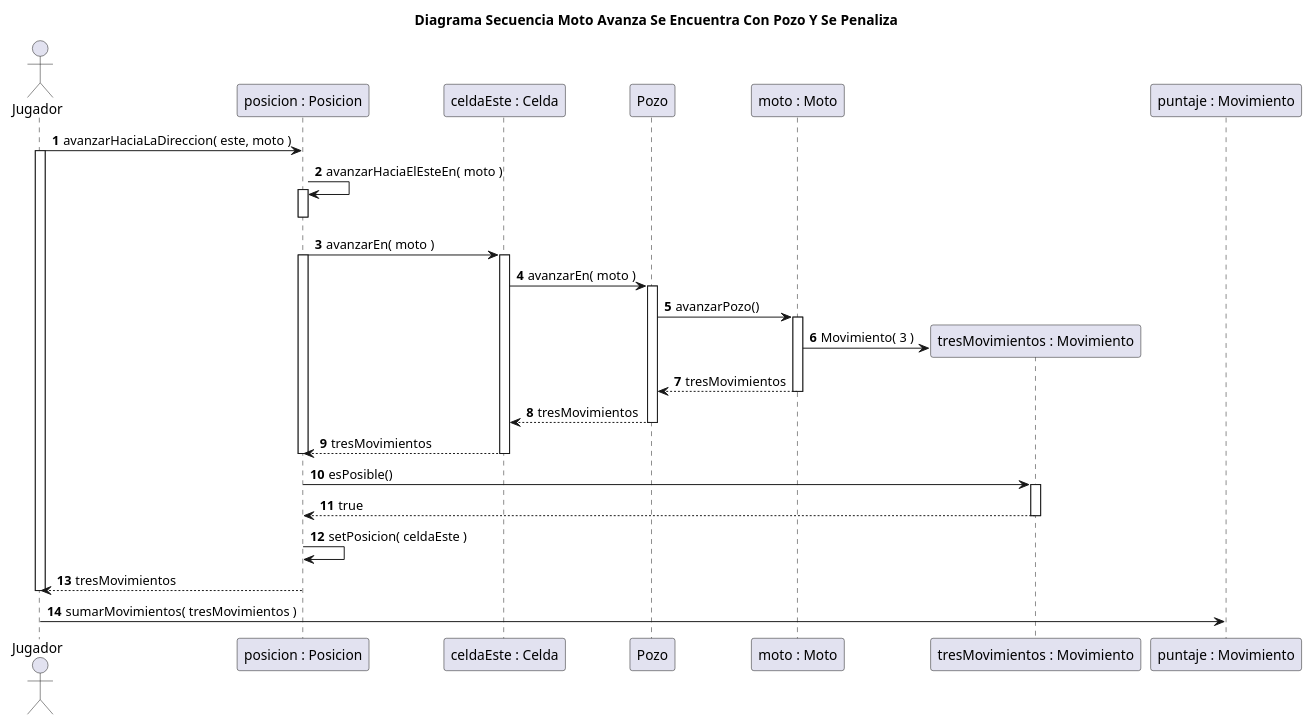
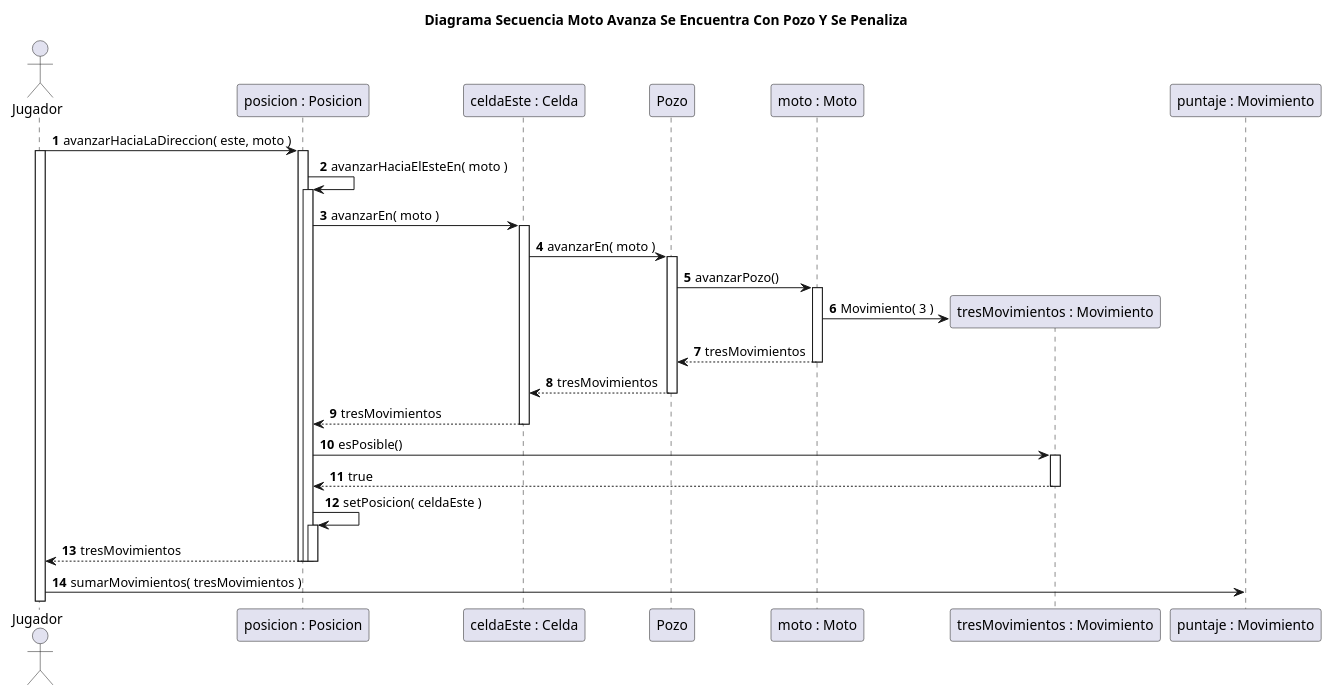
One commit to rodrigovzq/algo3_tp2 changed the diagram in diagrams/borradores/DiagramaSecuenciaCasoConPozoEnMoto.puml. Above: the diagram before and after it, drawn with PlantUML. The commit also changed 4 other files, not shown here.

Commit message:
Diagramas actualizados

```diff
--- a/diagrams/borradores/DiagramaSecuenciaCasoConPozoEnMoto.puml
+++ b/diagrams/borradores/DiagramaSecuenciaCasoConPozoEnMoto.puml
@@ -1,44 +1,44 @@
 @startuml
 title Diagrama Secuencia Moto Avanza Se Encuentra Con Pozo Y Se Penaliza
 
 autonumber
 
 actor Jugador
 
-Jugador -> "posicion : Posicion": avanzarHaciaLaDireccion( este, moto )
+Jugador -> "posicion : Posicion"++: avanzarHaciaLaDireccion( este, moto )
 
 activate Jugador
 "posicion : Posicion" -> "posicion : Posicion"++: avanzarHaciaElEsteEn( moto )
 
-deactivate "posicion : Posicion"
 "posicion : Posicion" -> "celdaEste : Celda"++: avanzarEn( moto )
 
-activate "posicion : Posicion"
 "celdaEste : Celda" -> Pozo++: avanzarEn( moto )
 Pozo -> "moto : Moto"++: avanzarPozo()
 create "tresMovimientos : Movimiento"
 "moto : Moto" -> "tresMovimientos : Movimiento": Movimiento( 3 )
 "moto : Moto" --> Pozo: tresMovimientos
 deactivate "moto : Moto"
 Pozo --> "celdaEste : Celda": tresMovimientos
 deactivate Pozo
-"celdaEste : Celda" --> "posicion : Posicion": tresMovimientos
+"celdaEste : Celda" --> "posicion : Posicion"--: tresMovimientos
 deactivate "celdaEste : Celda"
-deactivate "posicion : Posicion"
 
 'Viola el TellDontAsk, pero no es la solucion final.
 'Es para chequear que el movimiento es posible, por ejemplo,
 'cuando queres pasar por un piquete con un auto. No debemos actualizar
 'la posicion, ya que no podemos avanzar.
 
+' Además planteado así, deberíamos hacerlo en cada metodo de avanzar
+'porque necesitamos saber que celda es nuestra proxima posicion.
 "tresMovimientos : Movimiento" <- "posicion : Posicion"++: esPosible()
 "tresMovimientos : Movimiento" --> "posicion : Posicion": true
 deactivate "tresMovimientos : Movimiento"
-"posicion : Posicion" -> "posicion : Posicion": setPosicion( celdaEste )
+"posicion : Posicion" -> "posicion : Posicion"++: setPosicion( celdaEste )
 
-"posicion : Posicion" --> Jugador: tresMovimientos
+"posicion : Posicion" --> Jugador--: tresMovimientos
+deactivate "posicion : Posicion"
+deactivate "posicion : Posicion"
 
-deactivate Jugador
 Jugador -> "puntaje : Movimiento": sumarMovimientos( tresMovimientos )
 
 @enduml
```
